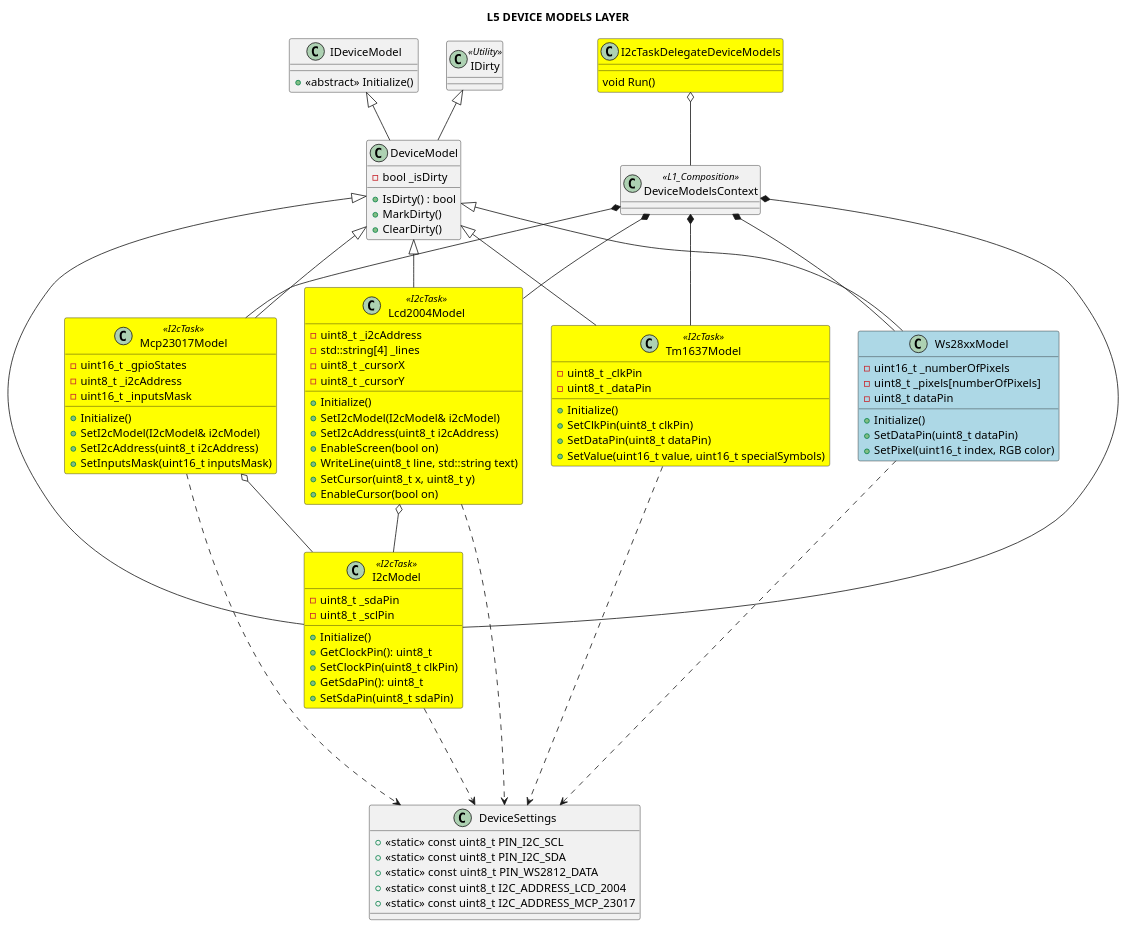
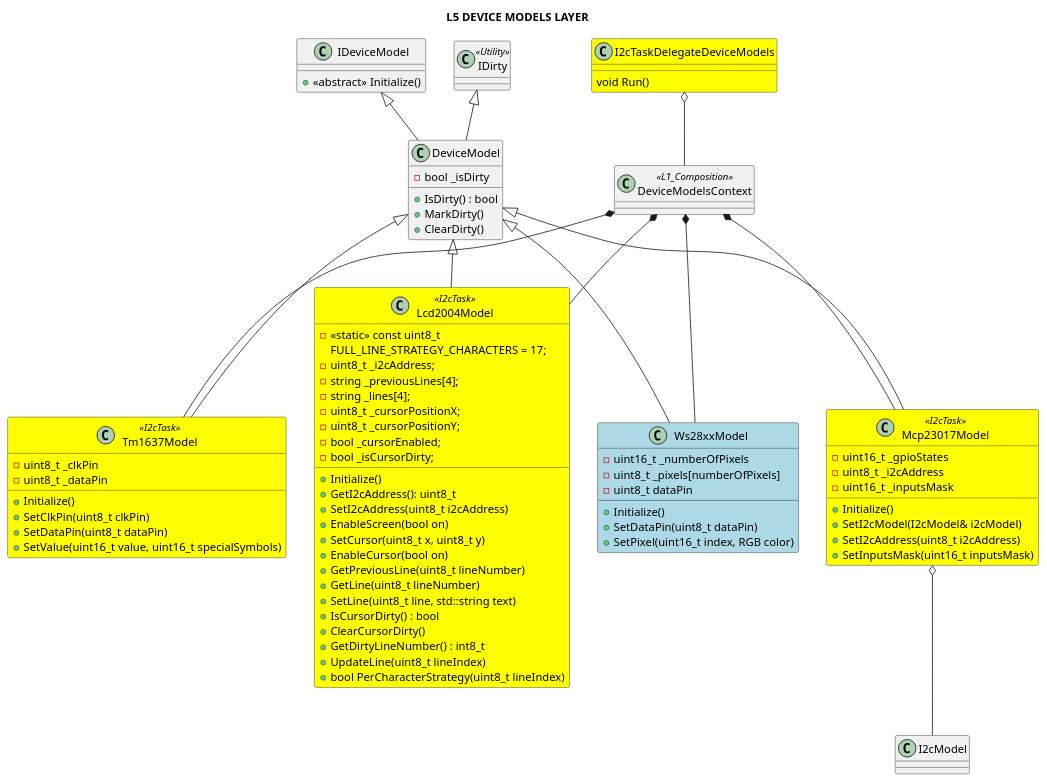
Before and after one commit to michelkeijzers/fraxis: the diagram in Docs/Software Design/Layers/L5_device_models_layer.puml, drawn with PlantUML. The commit also changed 43 other files, not shown here.

```diff
--- a/Docs/Software Design/Layers/L5_device_models_layer.puml
+++ b/Docs/Software Design/Layers/L5_device_models_layer.puml
@@ -1,131 +1,112 @@
 @startuml
 
 title L5 DEVICE MODELS LAYER
 
 skinparam packageStyle rectangle
 skinparam lineThickness 2
-
-class DeviceSettings
-{
-    + <<static>> const uint8_t PIN_I2C_SCL
-    + <<static>> const uint8_t PIN_I2C_SDA
-    + <<static>> const uint8_t PIN_WS2812_DATA
-    + <<static>> const uint8_t I2C_ADDRESS_LCD_2004
-    + <<static>> const uint8_t I2C_ADDRESS_MCP_23017
-}
 
 class DeviceModelsContext <<L1_Composition>>
 {
 }
 
 class IDirty <<Utility>>
 {
 }
 
 class IDeviceModel
 {
     + <<abstract>> Initialize()
 }
 
 class DeviceModel 
 {
     - bool _isDirty 
     + IsDirty() : bool
     + MarkDirty()
     + ClearDirty()
 }
 
 DeviceModel -u-|> IDeviceModel
 DeviceModel -u-|> IDirty
 
 class Ws28xxModel #lightblue
 {
     - uint16_t _numberOfPixels
     - uint8_t _pixels[numberOfPixels]
     - uint8_t dataPin
     + Initialize()
     + SetDataPin(uint8_t dataPin)
     + SetPixel(uint16_t index, RGB color)
 }
 
 Ws28xxModel -u-|> DeviceModel
 
 class I2cTaskDelegateDeviceModels #yellow
 {
     void Run()
 }
 
-class I2cModel <<I2cTask>> #yellow
-{
-    - uint8_t _sdaPin 
-    - uint8_t _sclPin 
-    + Initialize()
-    + GetClockPin(): uint8_t
-    + SetClockPin(uint8_t clkPin)
-    + GetSdaPin(): uint8_t
-    + SetSdaPin(uint8_t sdaPin)
-}
-
-I2cModel -u-|> DeviceModel
-
 class Mcp23017Model <<I2cTask>> #yellow
 {
     - uint16_t _gpioStates
     - uint8_t _i2cAddress
     - uint16_t _inputsMask
     + Initialize()
     + SetI2cModel(I2cModel& i2cModel)
     + SetI2cAddress(uint8_t i2cAddress) 
     + SetInputsMask(uint16_t inputsMask)
 }
 
 Mcp23017Model -u-|> DeviceModel
 
 Mcp23017Model o-- I2cModel
 
 class Tm1637Model <<I2cTask>> #yellow
 {
     - uint8_t _clkPin
     - uint8_t _dataPin
     + Initialize()
     + SetClkPin(uint8_t clkPin)
     + SetDataPin(uint8_t dataPin)
     + SetValue(uint16_t value, uint16_t specialSymbols)
 }
 
 Tm1637Model -u-|> DeviceModel
 
 class Lcd2004Model <<I2cTask>> #yellow
 {
-    - uint8_t _i2cAddress
-    - std::string[4] _lines
-    - uint8_t _cursorX
-    - uint8_t _cursorY
     + Initialize()
-    + SetI2cModel(I2cModel& i2cModel)
+    + GetI2cAddress(): uint8_t
     + SetI2cAddress(uint8_t i2cAddress) 
     + EnableScreen(bool on)
-    + WriteLine(uint8_t line, std::string text)
     + SetCursor(uint8_t x, uint8_t y)
     + EnableCursor(bool on)
+    + GetPreviousLine(uint8_t lineNumber) 
+    + GetLine(uint8_t lineNumber)
+    + SetLine(uint8_t line, std::string text)
+    + IsCursorDirty() : bool
+    + ClearCursorDirty()
+    + GetDirtyLineNumber() : int8_t
+    + UpdateLine(uint8_t lineIndex)
+    + bool PerCharacterStrategy(uint8_t lineIndex)
+    - <<static>> const uint8_t 
+        FULL_LINE_STRATEGY_CHARACTERS = 17;
+    - uint8_t _i2cAddress;
+    - string _previousLines[4];
+    - string _lines[4];
+    - uint8_t _cursorPositionX;
+    - uint8_t _cursorPositionY;  
+    - bool _cursorEnabled;
+    - bool _isCursorDirty;
 }
-
-Lcd2004Model o-- I2cModel
 
 Lcd2004Model -u-|> DeviceModel
 
 DeviceModelsContext *-- Ws28xxModel
-DeviceModelsContext *-- I2cModel 
 DeviceModelsContext *-- Mcp23017Model
 DeviceModelsContext *-- Tm1637Model
 DeviceModelsContext *-- Lcd2004Model
 
 I2cTaskDelegateDeviceModels o-- DeviceModelsContext
 
-Ws28xxModel ..> DeviceSettings
-I2cModel ..-> DeviceSettings
-Mcp23017Model ..> DeviceSettings
-Lcd2004Model ..> DeviceSettings
-Tm1637Model ..> DeviceSettings
-
 @enduml
```
